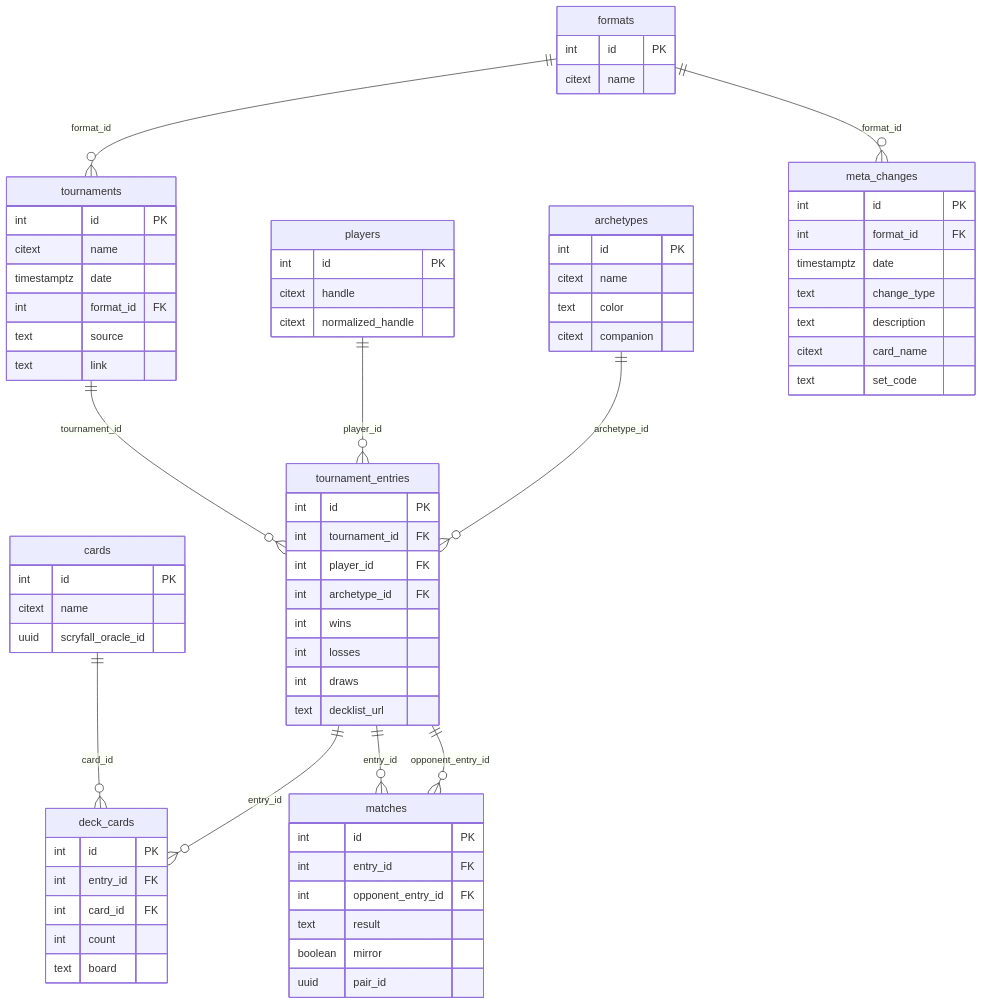
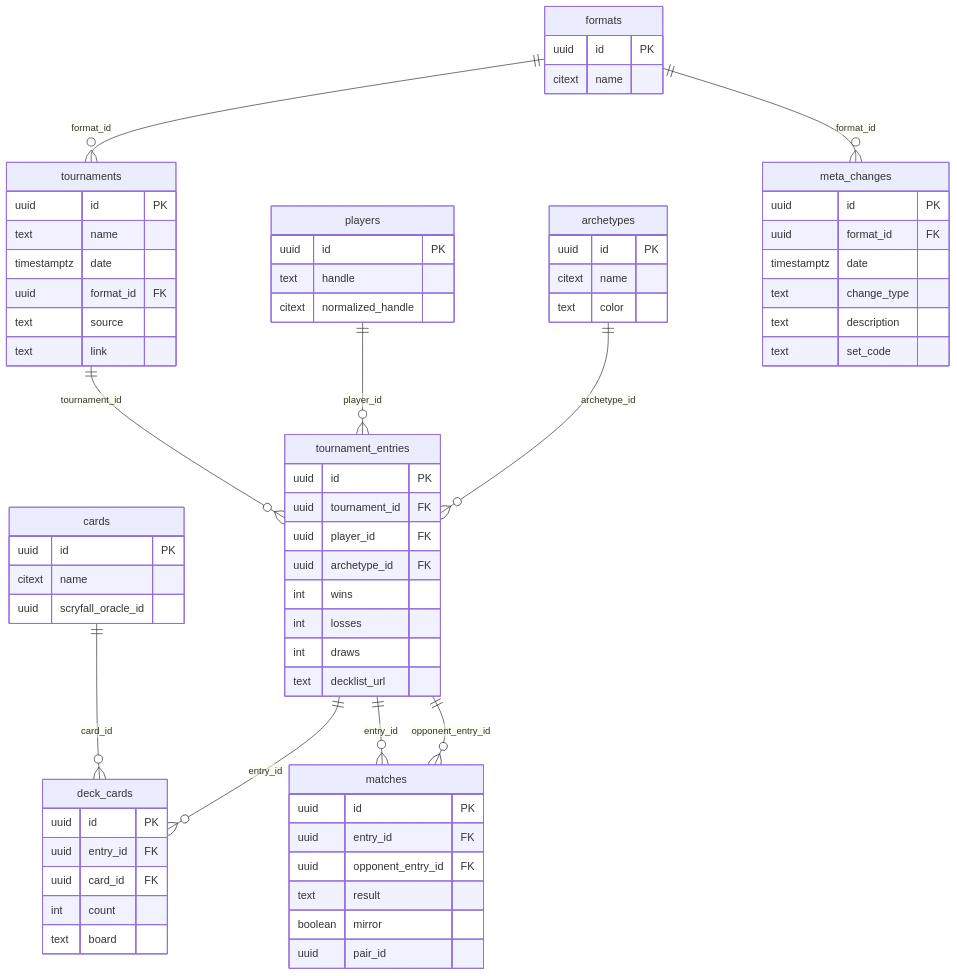
Before and after one commit to Jiliac/metamage: the diagram in docs/schema.mmd, drawn with Mermaid.

Commit message:
feat: update the schema figure

```diff
--- a/docs/schema.mmd
+++ b/docs/schema.mmd
@@ -1,94 +1,92 @@
 erDiagram
-    %% Enumerations (conceptual):
-    %% - tournaments.source: MTGO | Melee | Other
+    %% Enumerations:
+    %% - tournaments.source: MTGO | MELEE | OTHER
     %% - deck_cards.board: MAIN | SIDE
     %% - matches.result: WIN | LOSS | DRAW
+    %% - meta_changes.change_type: BAN | SET_RELEASE
 
     formats {
-        int id PK
+        uuid id PK
         citext name
     }
 
     meta_changes {
-        int id PK
-        int format_id FK 
+        uuid id PK
+        uuid format_id FK 
         timestamptz date 
         text change_type 
         text description
-        citext card_name
         text set_code
     }
 
     players {
-        int id PK
-        citext handle 
+        uuid id PK
+        text handle 
         citext normalized_handle 
     }
 
     cards {
-        int id PK
+        uuid id PK
         citext name 
         uuid scryfall_oracle_id
     }
 
     archetypes {
-        int id PK
+        uuid id PK
         citext name 
         text color
-        citext companion
     }
 
     tournaments {
-        int id PK
-        citext name 
+        uuid id PK
+        text name 
         timestamptz date 
-        int format_id FK 
+        uuid format_id FK 
         text source 
         text link
     }
 
     tournament_entries {
-        int id PK
-        int tournament_id FK 
-        int player_id FK 
-        int archetype_id FK 
+        uuid id PK
+        uuid tournament_id FK 
+        uuid player_id FK 
+        uuid archetype_id FK 
         int wins 
         int losses 
         int draws 
         text decklist_url
         %% UNIQUE (tournament_id, player_id)
     }
 
     deck_cards {
-        int id PK
-        int entry_id FK 
-        int card_id FK 
+        uuid id PK
+        uuid entry_id FK 
+        uuid card_id FK 
         int count 
         text board 
         %% board: MAIN | SIDE
         %% UNIQUE (entry_id, card_id, board)
     }
 
     matches {
-        int id PK
-        int entry_id FK 
-        int opponent_entry_id FK 
+        uuid id PK
+        uuid entry_id FK 
+        uuid opponent_entry_id FK 
         text result 
-        %% result: WIN | LOSS | DRAW (from entry_id's perspective)
         boolean mirror 
         uuid pair_id
+        %% result: WIN | LOSS | DRAW (from entry_id's perspective)
         %% pair_id: UUID shared by both rows of a real pairing
-        %% Index: create an index on pair_id (no uniqueness constraint)
         %% To avoid double-counting in queries, aggregate by pair_id or filter to entry_id < opponent_entry_id
     }
 
     %% Relationships
     formats ||--o{ tournaments : "format_id"
     formats ||--o{ meta_changes : "format_id"
     tournaments ||--o{ tournament_entries : "tournament_id"
     players ||--o{ tournament_entries : "player_id"
     archetypes ||--o{ tournament_entries : "archetype_id"
     tournament_entries ||--o{ deck_cards : "entry_id"
     cards ||--o{ deck_cards : "card_id"
     tournament_entries ||--o{ matches : "entry_id"
     tournament_entries ||--o{ matches : "opponent_entry_id"
```
